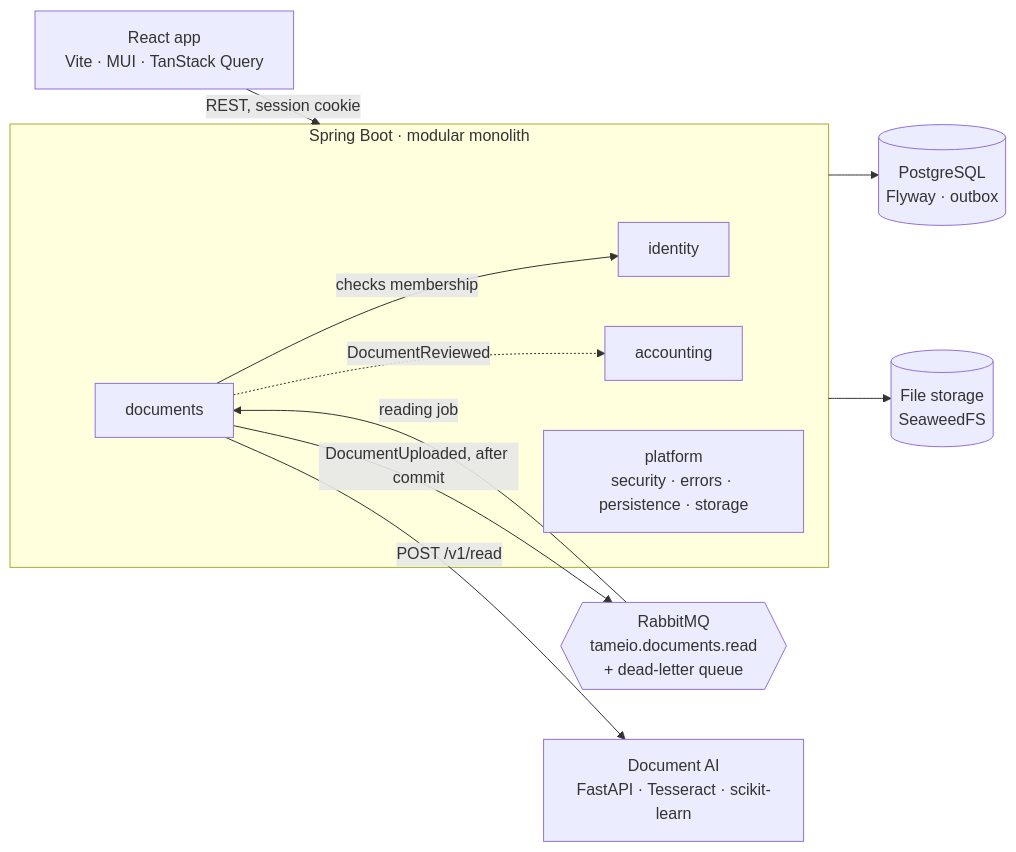
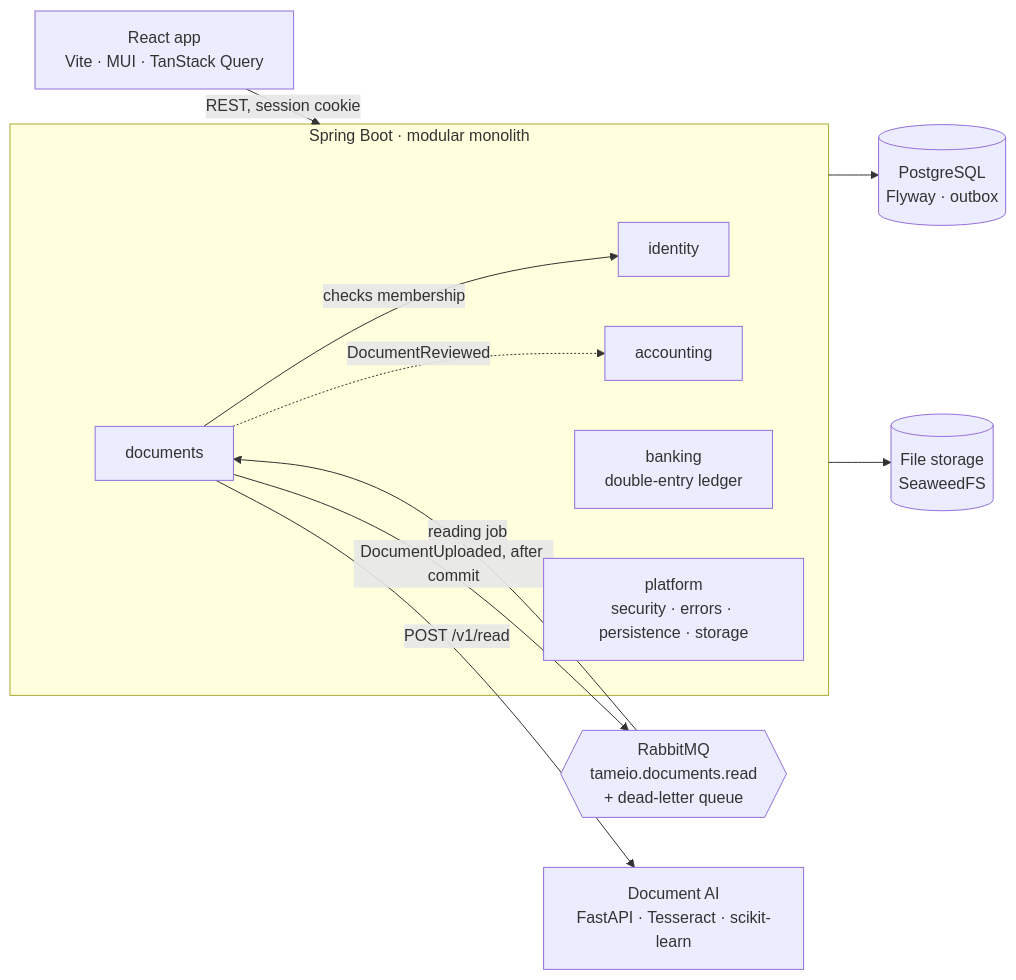
Before and after one commit to edisban/Tameio: the diagram in README.md, drawn with Mermaid. The commit also changed other lines of this file and 47 other files, not shown here.

First line of the commit message:
Add core banking: current accounts with IBANs on a double-entry ledger

````diff
--- a/README.md
+++ b/README.md
@@ -37,23 +36,24 @@
 ```mermaid
 flowchart LR
     browser[React app<br/>Vite · MUI · TanStack Query]
     subgraph api[Spring Boot · modular monolith]
         identity[identity]
         documents[documents]
         accounting[accounting]
+        banking[banking<br/>double-entry ledger]
         platform[platform<br/>security · errors · persistence · storage]
     end
     db[(PostgreSQL<br/>Flyway · outbox)]
     s3[(File storage<br/>SeaweedFS)]
     mq{{RabbitMQ<br/>tameio.documents.read<br/>+ dead-letter queue}}
     ai[Document AI<br/>FastAPI · Tesseract · scikit-learn]
 
     browser -- REST, session cookie --> api
     api --> db
     api --> s3
     documents -- checks membership --> identity
     documents -- DocumentUploaded, after commit --> mq
     mq -- reading job --> documents
     documents -- POST /v1/read --> ai
     documents -. DocumentReviewed .-> accounting
 ```
````
